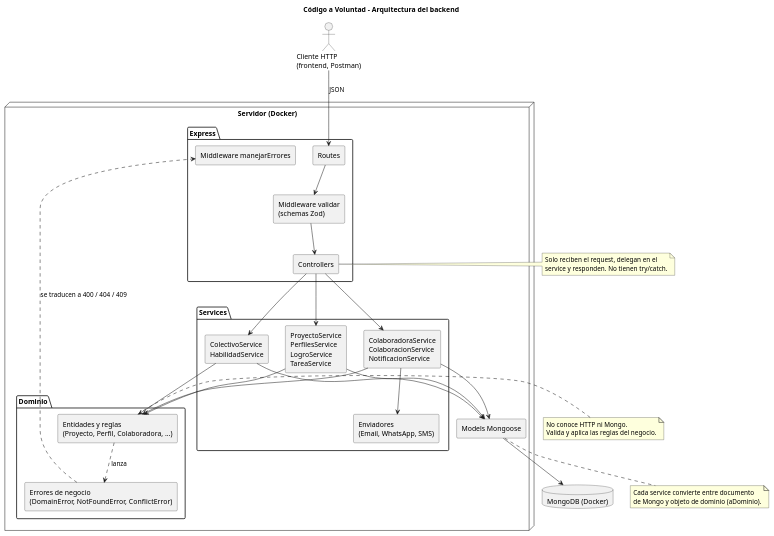
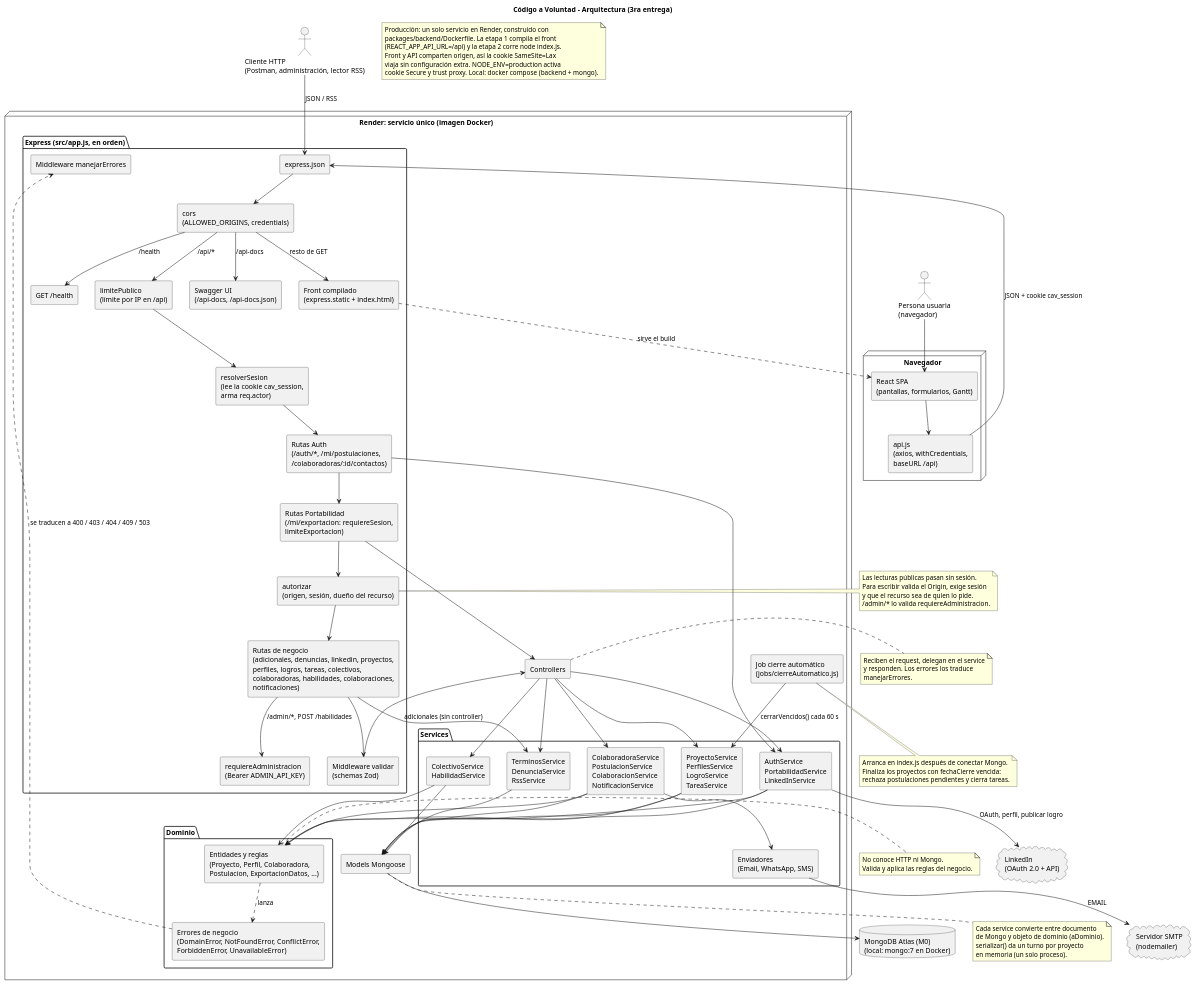
The diagram in packages/diagrama-de-clases/Arquitectura.puml (chernandezgreco/TP-DDS-2C-Grupo3), drawn with PlantUML before and after one commit. The commit also changed 2 other files, not shown here.

Commit message:
docs: actualizar los diagramas de dominio, persistencia y arquitectura a la tercera entrega

```diff
--- a/packages/diagrama-de-clases/Arquitectura.puml
+++ b/packages/diagrama-de-clases/Arquitectura.puml
@@ -1,66 +1,141 @@
 @startuml
-' Arquitectura en capas del backend
-title Código a Voluntad - Arquitectura del backend
+' Arquitectura en capas y flujo de un pedido - 3ra entrega
+' Refleja packages/backend/src/app.js, index.js, jobs/ y DEPLOY.md
+title Código a Voluntad - Arquitectura (3ra entrega)
 
 skinparam componentStyle rectangle
 
-actor "Cliente HTTP\n(frontend, Postman)" as cliente
+actor "Persona usuaria\n(navegador)" as usuario
+actor "Cliente HTTP\n(Postman, administración, lector RSS)" as cliente
 
-node "Servidor (Docker)" {
-    package "Express" {
-        [Routes] as routes
+node "Navegador" {
+    [React SPA\n(pantallas, formularios, Gantt)] as spa
+    [api.js\n(axios, withCredentials,\nbaseURL /api)] as axios
+}
+
+node "Render: servicio único (imagen Docker)" as render {
+    package "Express (src/app.js, en orden)" {
+        [express.json] as mwJson
+        [cors\n(ALLOWED_ORIGINS, credentials)] as mwCors
+        [GET /health] as health
+        [limitePublico\n(límite por IP en /api)] as mwLimite
+        [resolverSesion\n(lee la cookie cav_session,\narma req.actor)] as mwSesion
+        [Rutas Auth\n(/auth/*, /mi/postulaciones,\n/colaboradoras/:id/contactos)] as rAuth
+        [Rutas Portabilidad\n(/mi/exportacion: requiereSesion,\nlimiteExportacion)] as rPortabilidad
+        [autorizar\n(origen, sesión, dueño del recurso)] as mwAutorizar
+        [Rutas de negocio\n(adicionales, denuncias, linkedin, proyectos,\nperfiles, logros, tareas, colectivos,\ncolaboradoras, habilidades, colaboraciones,\nnotificaciones)] as rutas
         [Middleware validar\n(schemas Zod)] as validar
-        [Controllers] as controllers
+        [requiereAdministracion\n(Bearer ADMIN_API_KEY)] as admin
+        [Swagger UI\n(/api-docs, /api-docs.json)] as swagger
+        [Front compilado\n(express.static + index.html)] as estatico
         [Middleware manejarErrores] as errores
     }
 
+    [Controllers] as controllers
+
     package "Services" {
         [ProyectoService\nPerfilesService\nLogroService\nTareaService] as svcProyectos
-        [ColaboradoraService\nColaboracionService\nNotificacionService] as svcPersonas
+        [ColaboradoraService\nPostulacionService\nColaboracionService\nNotificacionService] as svcPersonas
         [ColectivoService\nHabilidadService] as svcCatalogo
+        [AuthService\nPortabilidadService\nLinkedInService] as svcCuentas
+        [TerminosService\nDenunciaService\nRssService] as svcAdicionales
         [Enviadores\n(Email, WhatsApp, SMS)] as enviadores
     }
 
     package "Dominio" {
-        [Entidades y reglas\n(Proyecto, Perfil, Colaboradora, ...)] as dominio
-        [Errores de negocio\n(DomainError, NotFoundError, ConflictError)] as erroresDominio
+        [Entidades y reglas\n(Proyecto, Perfil, Colaboradora,\nPostulacion, ExportacionDatos, ...)] as dominio
+        [Errores de negocio\n(DomainError, NotFoundError, ConflictError,\nForbiddenError, UnavailableError)] as erroresDominio
     }
 
     [Models Mongoose] as models
+    [Job cierre automático\n(jobs/cierreAutomatico.js)] as job
 }
 
-database "MongoDB (Docker)" as mongo
+database "MongoDB Atlas (M0)\n(local: mongo:7 en Docker)" as mongo
+cloud "Servidor SMTP\n(nodemailer)" as smtp
+cloud "LinkedIn\n(OAuth 2.0 + API)" as linkedin
 
-cliente --> routes : JSON
-routes --> validar
+usuario --> spa
+spa --> axios
+axios --> mwJson : JSON + cookie cav_session
+cliente --> mwJson : JSON / RSS
+mwJson --> mwCors
+mwCors --> health : /health
+mwCors --> mwLimite : /api/*
+mwLimite --> mwSesion
+mwSesion --> rAuth
+rAuth --> rPortabilidad
+rPortabilidad --> mwAutorizar
+mwAutorizar --> rutas
+rutas --> validar
+rutas --> admin : /admin/*, POST /habilidades
 validar --> controllers
+rPortabilidad --> controllers
+rAuth --> svcCuentas
+rutas --> svcAdicionales : adicionales (sin controller)
+mwCors --> swagger : /api-docs
+mwCors --> estatico : resto de GET
+estatico ..> spa : sirve el build
 controllers --> svcProyectos
 controllers --> svcPersonas
 controllers --> svcCatalogo
+controllers --> svcCuentas
+controllers --> svcAdicionales
 svcProyectos --> dominio
 svcPersonas --> dominio
 svcCatalogo --> dominio
+svcCuentas --> dominio
 svcPersonas --> enviadores
+enviadores --> smtp : EMAIL
+svcCuentas --> linkedin : OAuth, perfil, publicar logro
 svcProyectos --> models
 svcPersonas --> models
 svcCatalogo --> models
+svcCuentas --> models
+svcAdicionales --> models
 models --> mongo
+job --> svcProyectos : cerrarVencidos() cada 60 s
 dominio ..> erroresDominio : lanza
-erroresDominio ..> errores : se traducen a 400 / 404 / 409
+erroresDominio ..> errores : se traducen a 400 / 403 / 404 / 409 / 503
+
+note right of mwAutorizar
+  Las lecturas públicas pasan sin sesión.
+  Para escribir valida el Origin, exige sesión
+  y que el recurso sea de quien lo pide.
+  /admin/* lo valida requiereAdministracion.
+end note
 
 note right of controllers
-  Solo reciben el request, delegan en el
-  service y responden. No tienen try/catch.
+  Reciben el request, delegan en el service
+  y responden. Los errores los traduce
+  manejarErrores.
 end note
 
 note right of dominio
   No conoce HTTP ni Mongo.
   Valida y aplica las reglas del negocio.
 end note
 
 note bottom of models
   Cada service convierte entre documento
   de Mongo y objeto de dominio (aDominio).
+  serializar() da un turno por proyecto
+  en memoria (un solo proceso).
+end note
+
+note bottom of job
+  Arranca en index.js después de conectar Mongo.
+  Finaliza los proyectos con fechaCierre vencida:
+  rechaza postulaciones pendientes y cierra tareas.
+end note
+
+note as NotaDeploy
+  Producción: un solo servicio en Render, construido con
+  packages/backend/Dockerfile. La etapa 1 compila el front
+  (REACT_APP_API_URL=/api) y la etapa 2 corre node index.js.
+  Front y API comparten origen, así la cookie SameSite=Lax
+  viaja sin configuración extra. NODE_ENV=production activa
+  cookie Secure y trust proxy. Local: docker compose (backend + mongo).
 end note
 
 @enduml
```
